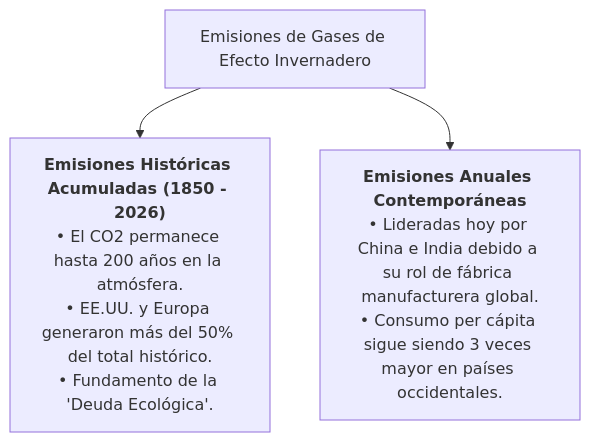
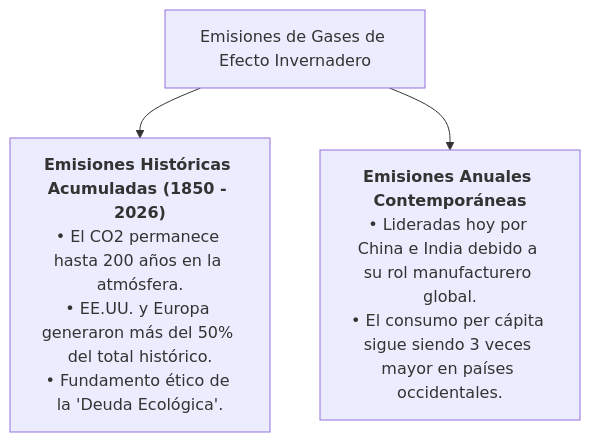
One commit to libiasa56-ctrl/ova-cambio-climatico changed the diagram in ova-starlight/src/content/docs/estrategias/estrategia-1-quien-esta-detras.mdx. Above: the diagram before and after it, drawn with Mermaid. The commit also changed other lines of this file and 15 other files, not shown here.

````diff
--- a/ova-starlight/src/content/docs/estrategias/estrategia-1-quien-esta-detras.mdx
+++ b/ova-starlight/src/content/docs/estrategias/estrategia-1-quien-esta-detras.mdx
@@ -23,5 +35,5 @@
 ```mermaid
 graph TD
-    A["Emisiones de Gases de Efecto Invernadero"] --> B["<b>Emisiones Históricas Acumuladas (1850 - 2026)</b><br>• El CO2 permanece hasta 200 años en la atmósfera.<br>• EE.UU. y Europa generaron más del 50% del total histórico.<br>• Fundamento de la 'Deuda Ecológica'."]
-    A --> C["<b>Emisiones Anuales Contemporáneas</b><br>• Lideradas hoy por China e India debido a su rol de fábrica manufacturera global.<br>• Consumo per cápita sigue siendo 3 veces mayor en países occidentales."]
+    A["Emisiones de Gases de Efecto Invernadero"] --> B["<b>Emisiones Históricas Acumuladas (1850 - 2026)</b><br>• El CO2 permanece hasta 200 años en la atmósfera.<br>• EE.UU. y Europa generaron más del 50% del total histórico.<br>• Fundamento ético de la 'Deuda Ecológica'."]
+    A --> C["<b>Emisiones Anuales Contemporáneas</b><br>• Lideradas hoy por China e India debido a su rol manufacturero global.<br>• El consumo per cápita sigue siendo 3 veces mayor en países occidentales."]
 ```
````
